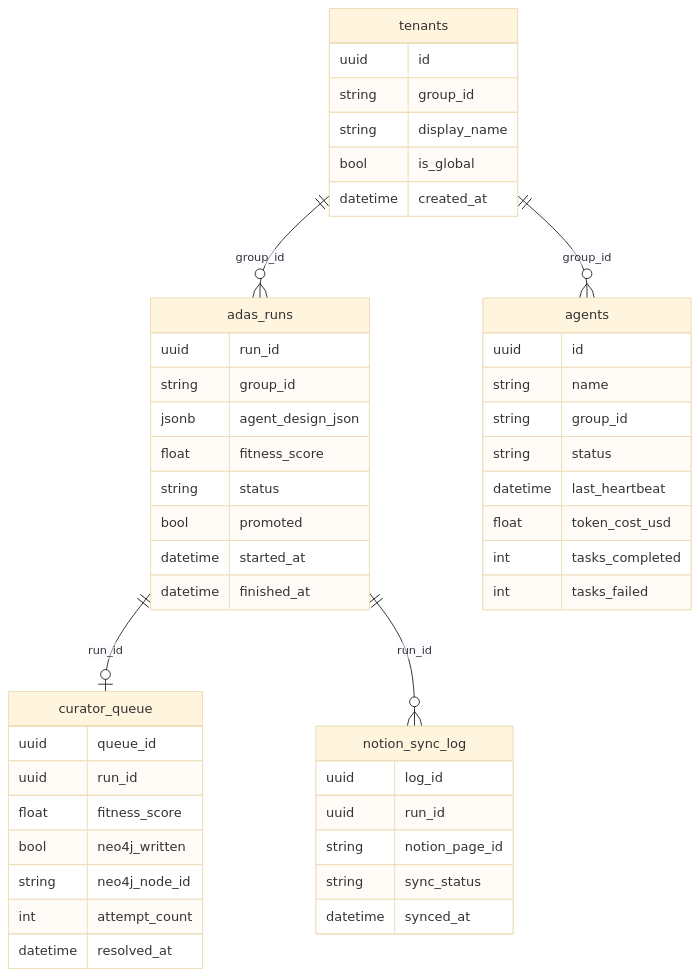
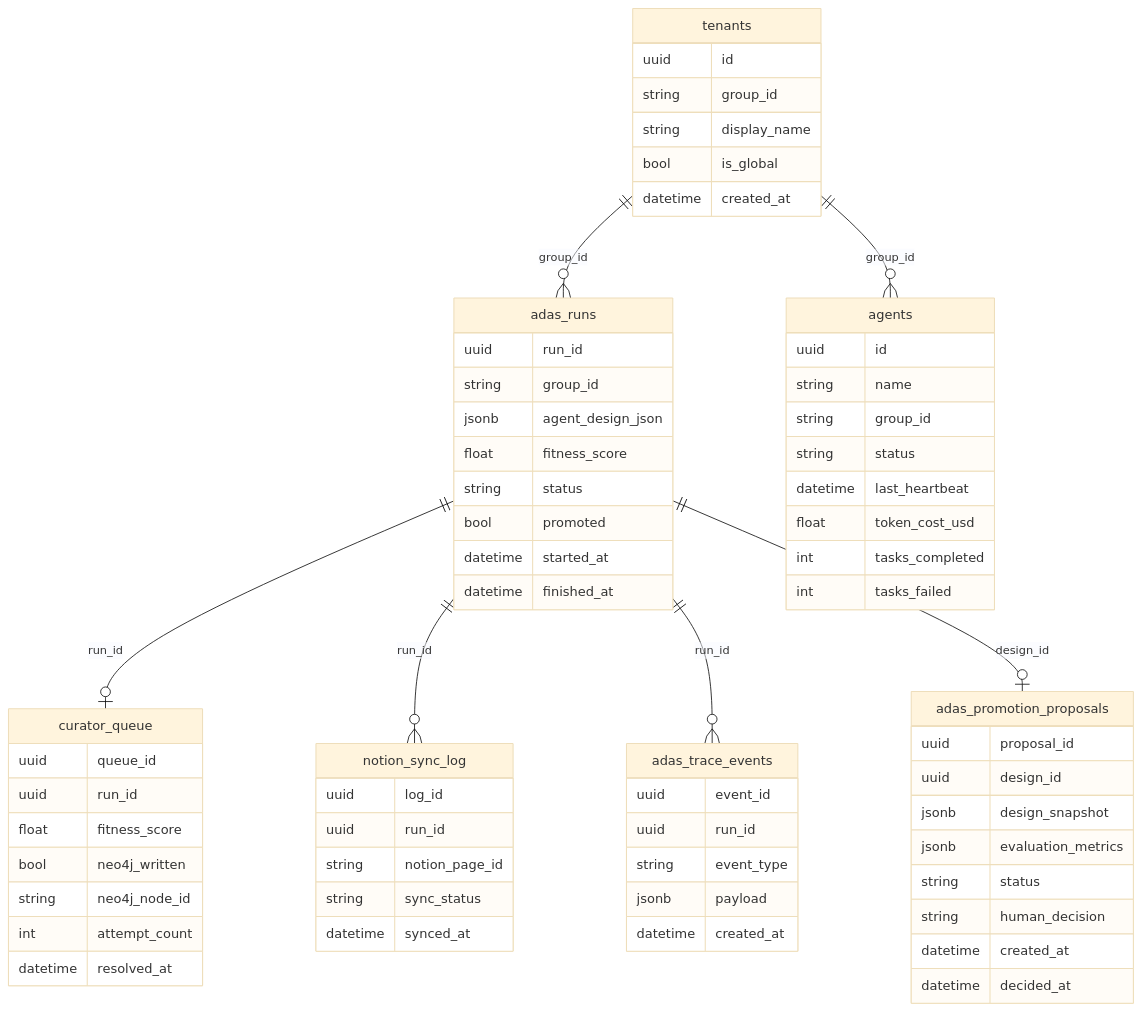
The fifth of 5 diagrams in docs/roninmemory/PROJECT.md (Charitablebusinessronin/Allura_Memory), drawn with Mermaid (base theme) before and after one commit. The commit also changed other lines of this file and 44 other files, not shown here.

````diff
--- a/docs/roninmemory/PROJECT.md
+++ b/docs/roninmemory/PROJECT.md
@@ -284,51 +411,70 @@
 ```mermaid
 erDiagram
   tenants ||--o{ adas_runs : "group_id"
   tenants ||--o{ agents : "group_id"
   adas_runs ||--o| curator_queue : "run_id"
   adas_runs ||--o{ notion_sync_log : "run_id"
+  adas_runs ||--o{ adas_trace_events : "run_id"
+  adas_runs ||--o| adas_promotion_proposals : "design_id"
 
   tenants {
     uuid id
     string group_id
     string display_name
     bool is_global
     datetime created_at
   }
   adas_runs {
     uuid run_id
     string group_id
     jsonb agent_design_json
     float fitness_score
     string status
     bool promoted
     datetime started_at
     datetime finished_at
+  }
+  adas_trace_events {
+    uuid event_id
+    uuid run_id
+    string event_type
+    jsonb payload
+    datetime created_at
+  }
+  adas_promotion_proposals {
+    uuid proposal_id
+    uuid design_id
+    jsonb design_snapshot
+    jsonb evaluation_metrics
+    string status
+    string human_decision
+    datetime created_at
+    datetime decided_at
   }
   curator_queue {
     uuid queue_id
     uuid run_id
     float fitness_score
     bool neo4j_written
     string neo4j_node_id
     int attempt_count
     datetime resolved_at
   }
   agents {
     uuid id
     string name
     string group_id
     string status
     datetime last_heartbeat
     float token_cost_usd
     int tasks_completed
     int tasks_failed
   }
   notion_sync_log {
     uuid log_id
     uuid run_id
     string notion_page_id
     string sync_status
     datetime synced_at
   }
 ```
````
